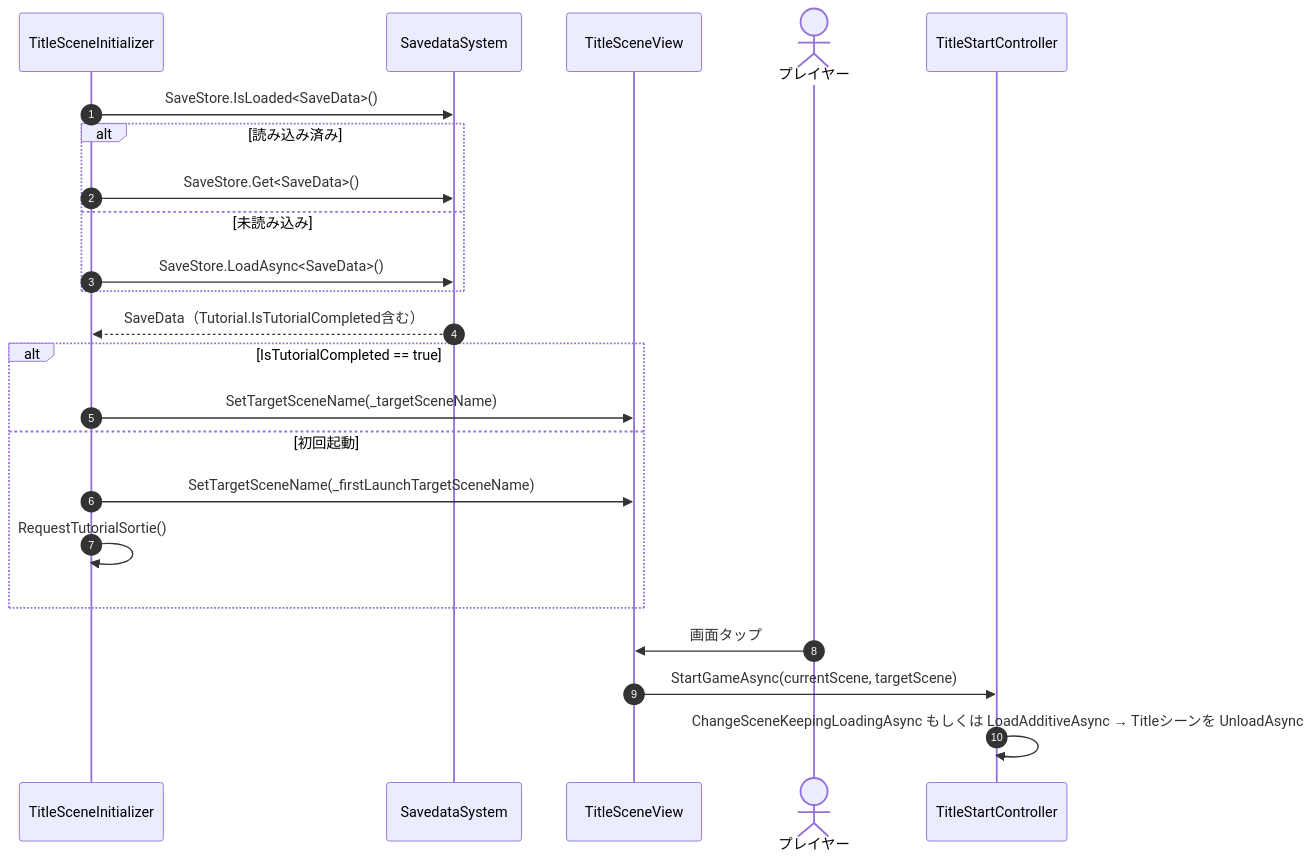
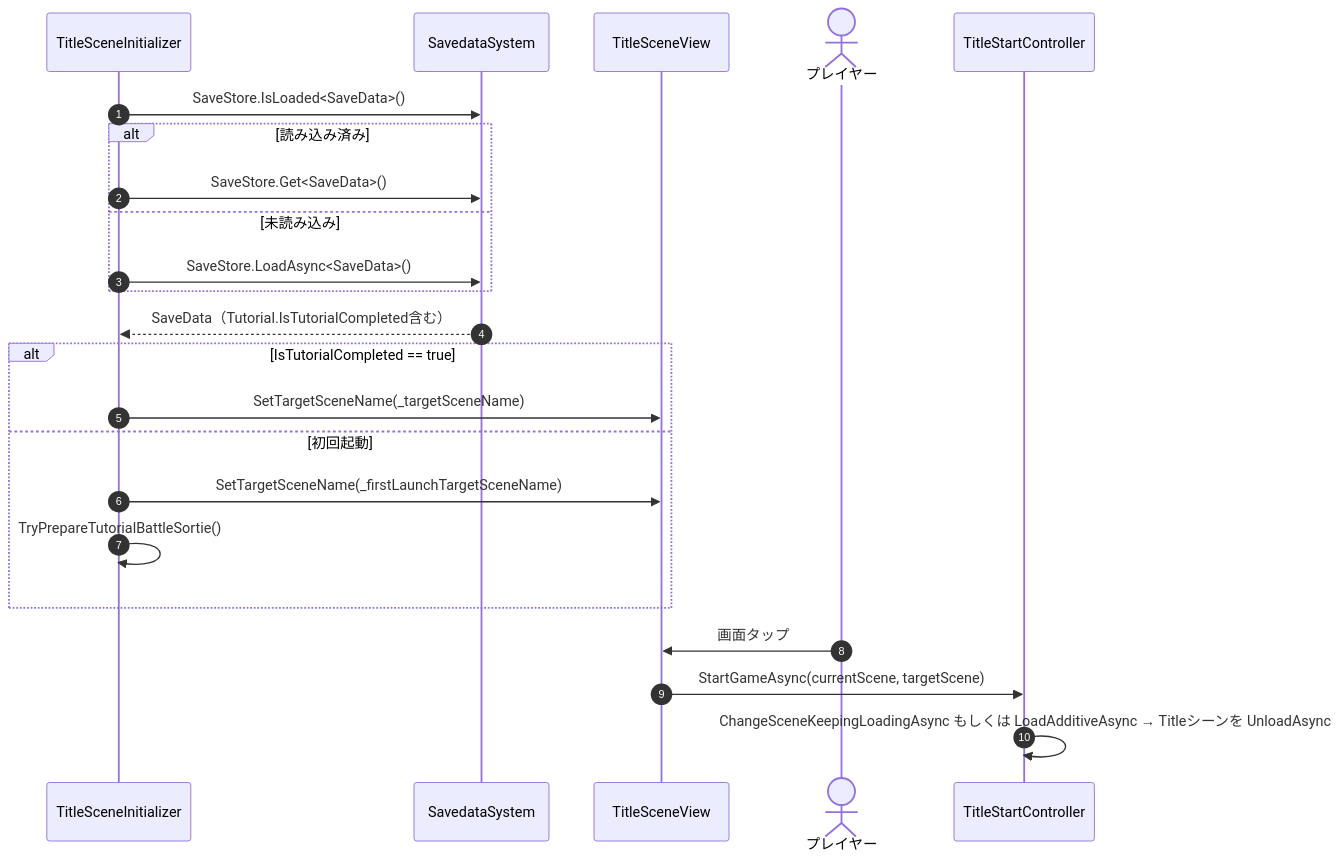
The second of 3 diagrams in Assets/Docs/ScriptsDocs/Modules/NotionModuleDocs/Title.md (HIBIKI5201/SymphonyKillChord), drawn with Mermaid before and after one commit. The commit also changed other lines of this file and 1 other file, not shown here.

````diff
--- a/Assets/Docs/ScriptsDocs/Modules/NotionModuleDocs/Title.md
+++ b/Assets/Docs/ScriptsDocs/Modules/NotionModuleDocs/Title.md
@@ -129,26 +129,26 @@
 ```mermaid
 sequenceDiagram
     autonumber
     participant Init as TitleSceneInitializer
     participant Save as SavedataSystem
     participant View as TitleSceneView
     actor Player as プレイヤー
     participant StartCtrl as TitleStartController
 
     Init ->> Save: SaveStore.IsLoaded<SaveData>()
     alt 読み込み済み
         Init ->> Save: SaveStore.Get<SaveData>()
     else 未読み込み
         Init ->> Save: SaveStore.LoadAsync<SaveData>()
     end
     Save -->> Init: SaveData（Tutorial.IsTutorialCompleted含む）
     alt IsTutorialCompleted == true
         Init ->> View: SetTargetSceneName(_targetSceneName)
     else 初回起動
         Init ->> View: SetTargetSceneName(_firstLaunchTargetSceneName)
-        Init ->> Init: RequestTutorialSortie()
+        Init ->> Init: TryPrepareTutorialBattleSortie()
     end
     Player ->> View: 画面タップ
     View ->> StartCtrl: StartGameAsync(currentScene, targetScene)
     StartCtrl ->> StartCtrl: ChangeSceneKeepingLoadingAsync もしくは LoadAdditiveAsync → Titleシーンを UnloadAsync
 ```
````
